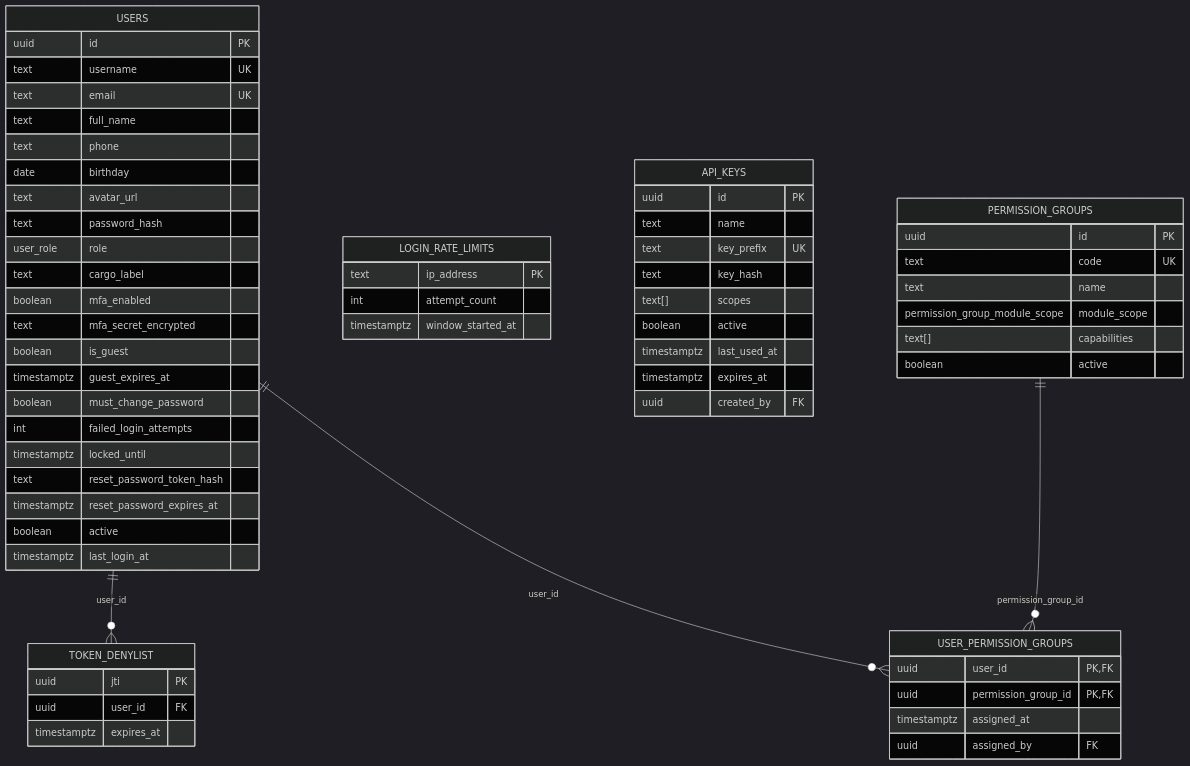
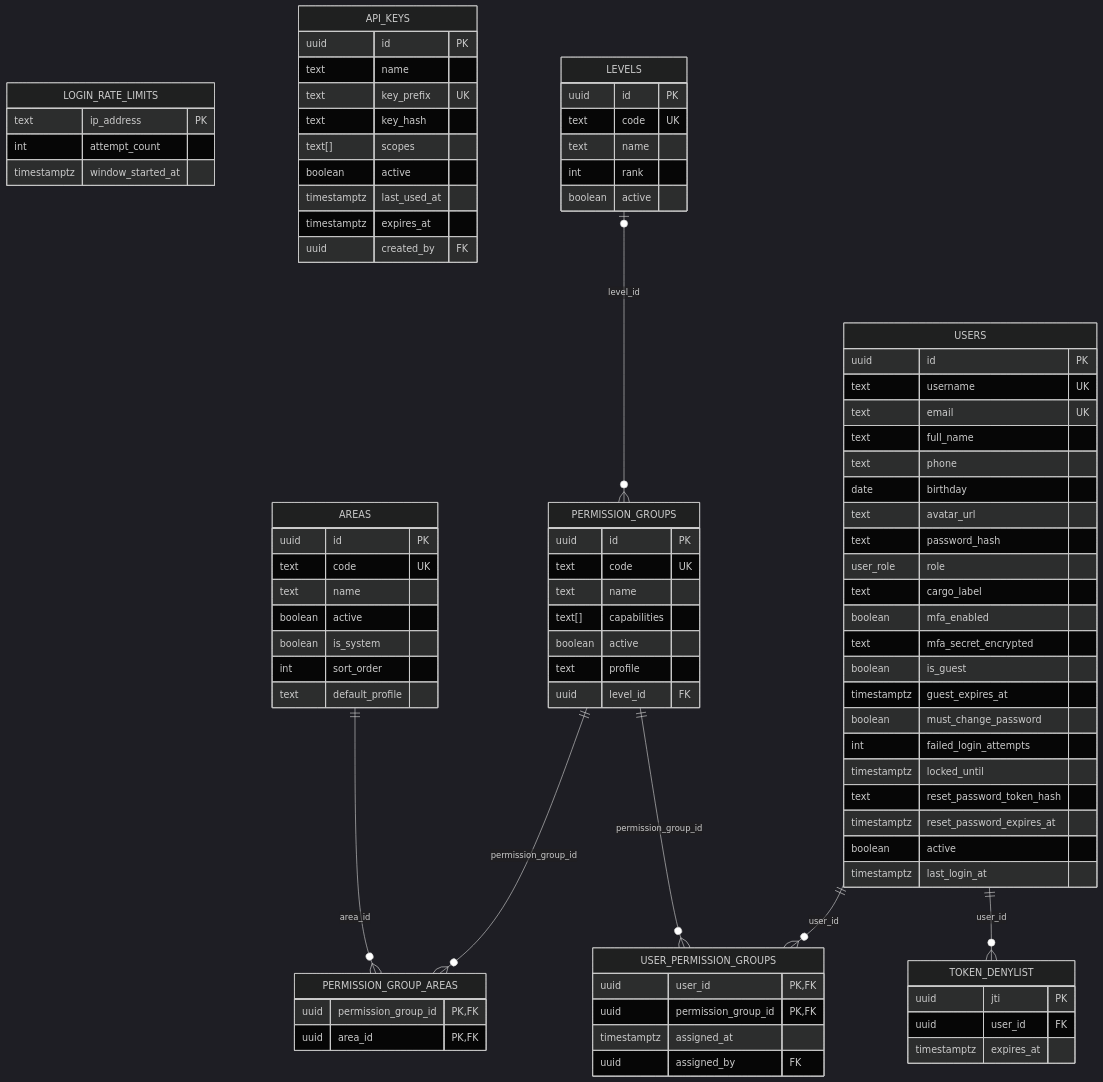
The first of 13 diagrams in docs/modelo-de-datos.md (athomo001/BitacoraSOC), drawn with Mermaid (dark theme) before and after one commit. The commit also changed other lines of this file and 116 other files, not shown here.

```diff
--- a/docs/modelo-de-datos.md
+++ b/docs/modelo-de-datos.md
@@ -83,8 +83,29 @@
         uuid id PK
         text code UK
         text name
-        permission_group_module_scope module_scope
         text[] capabilities
+        boolean active
+        text profile
+        uuid level_id FK
+    }
+    PERMISSION_GROUP_AREAS {
+        uuid permission_group_id PK, FK
+        uuid area_id PK, FK
+    }
+    AREAS {
+        uuid id PK
+        text code UK
+        text name
+        boolean active
+        boolean is_system
+        int sort_order
+        text default_profile
+    }
+    LEVELS {
+        uuid id PK
+        text code UK
+        text name
+        int rank
         boolean active
     }
     USER_PERMISSION_GROUPS {
@@ -94,6 +115,9 @@
         uuid assigned_by FK
     }
 
+    AREAS ||--o{ PERMISSION_GROUP_AREAS : "area_id"
+    LEVELS |o--o{ PERMISSION_GROUPS : "level_id"
+    PERMISSION_GROUPS ||--o{ PERMISSION_GROUP_AREAS : "permission_group_id"
     PERMISSION_GROUPS ||--o{ USER_PERMISSION_GROUPS : "permission_group_id"
     USERS ||--o{ TOKEN_DENYLIST : "user_id"
     USERS ||--o{ USER_PERMISSION_GROUPS : "user_id"
```
